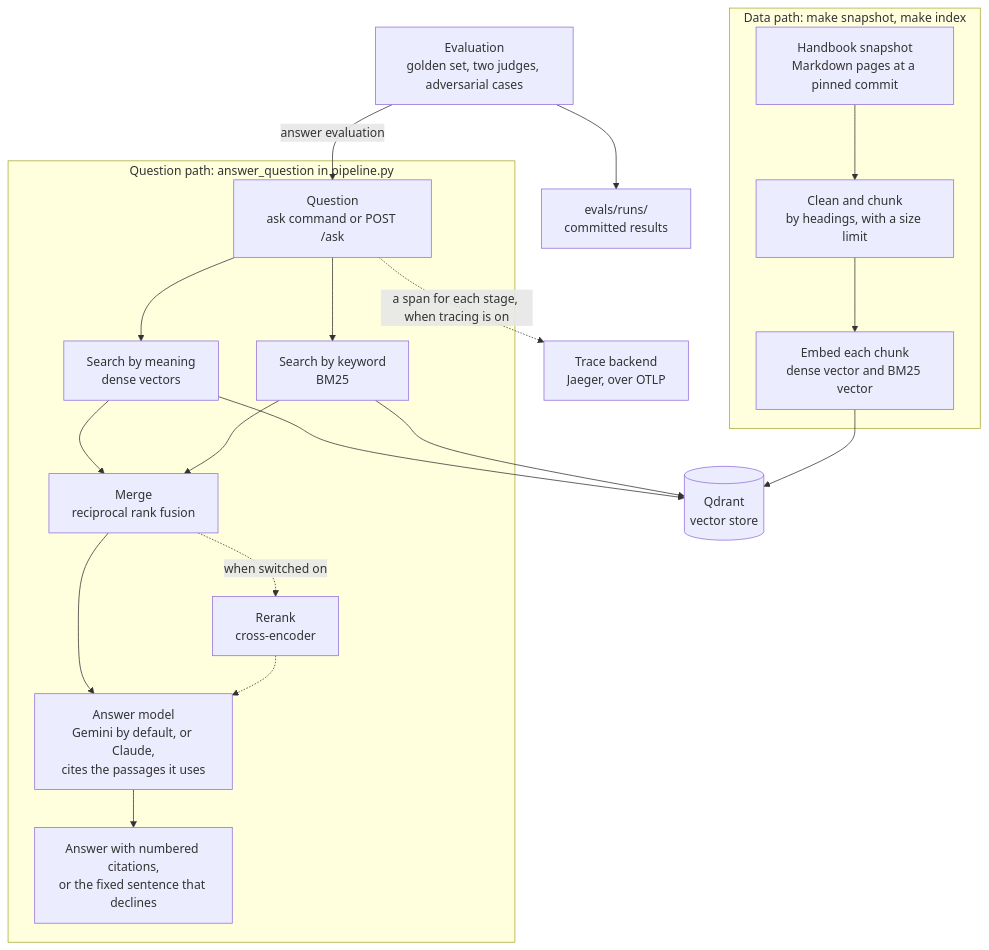
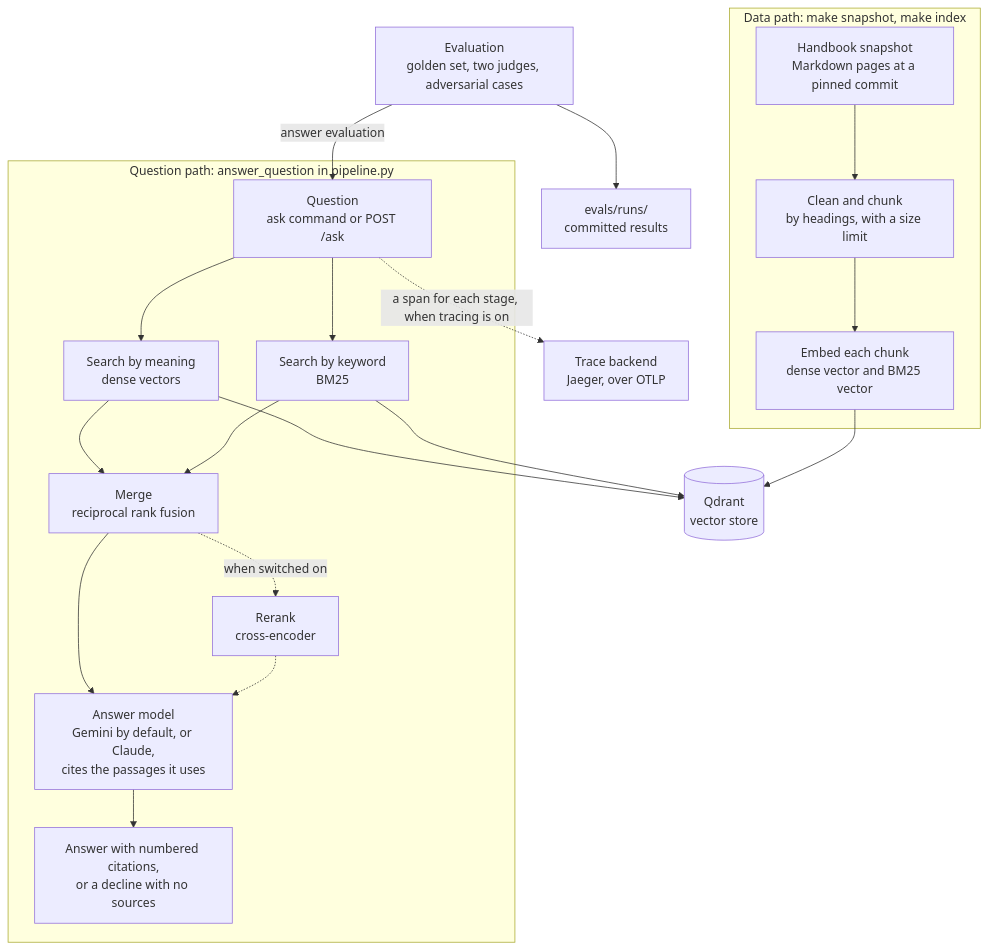
The diagram in README.md (MumukshuPanchal/handbook-rag), drawn with Mermaid before and after one commit. The commit also changed other lines of this file and 24 other files, not shown here.

````diff
--- a/README.md
+++ b/README.md
@@ -9,25 +9,25 @@
 ```mermaid
 flowchart TB
     subgraph data ["Data path: make snapshot, make index"]
         S["Handbook snapshot<br/>Markdown pages at a pinned commit"] --> C["Clean and chunk<br/>by headings, with a size limit"]
         C --> E["Embed each chunk<br/>dense vector and BM25 vector"]
     end
     E --> Q[("Qdrant<br/>vector store")]
 
     subgraph question ["Question path: answer_question in pipeline.py"]
         IN["Question<br/>ask command or POST /ask"] --> D["Search by meaning<br/>dense vectors"]
         IN --> K["Search by keyword<br/>BM25"]
         D --> F["Merge<br/>reciprocal rank fusion"]
         K --> F
         F -. "when switched on" .-> R["Rerank<br/>cross-encoder"]
         F --> G["Answer model<br/>Gemini by default, or Claude,<br/>cites the passages it uses"]
         R -.-> G
-        G --> OUT["Answer with numbered citations,<br/>or the fixed sentence that declines"]
+        G --> OUT["Answer with numbered citations,<br/>or a decline with no sources"]
     end
     D --> Q
     K --> Q
 
     EV["Evaluation<br/>golden set, two judges, adversarial cases"] -- "answer evaluation" --> IN
     EV --> RUNS["evals/runs/<br/>committed results"]
     IN -. "a span for each stage, when tracing is on" .-> T["Trace backend<br/>Jaeger, over OTLP"]
 ```
````
